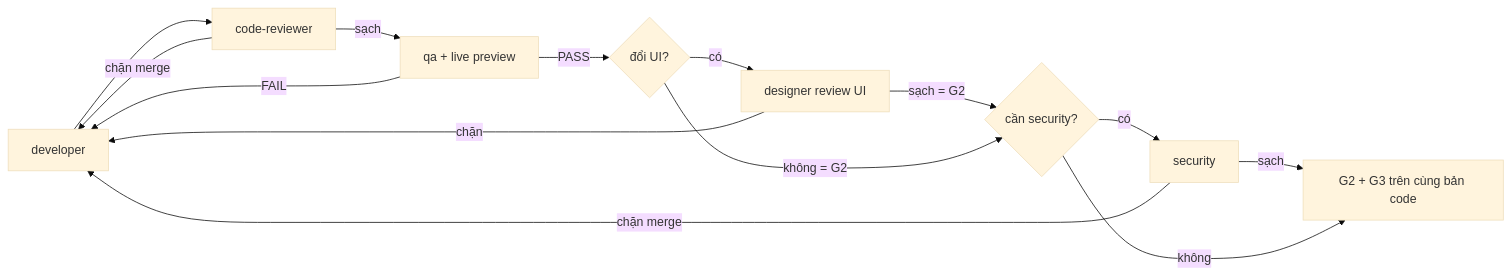
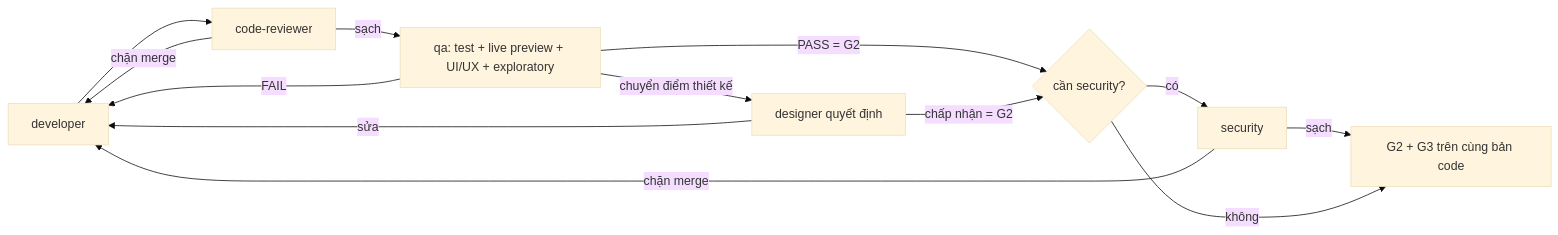
One commit to Tuan-Quyen/technical-teams changed the second of 4 diagrams in README.md. Above: the diagram before and after it, drawn with Mermaid (base theme). The commit also changed other lines of this file and 20 other files, not shown here.

````diff
--- a/README.md
+++ b/README.md
@@ -182,16 +182,15 @@
 ```mermaid
 flowchart LR
   D[developer] --> CR[code-reviewer]
   CR -- chặn merge --> D
-  CR -- sạch --> Q[qa + live preview]
+  CR -- sạch --> Q[qa: test + live preview + UI/UX + exploratory]
   Q -- FAIL --> D
-  Q -- PASS --> U{đổi UI?}
-  U -- có --> DR[designer review UI]
-  DR -- chặn --> D
-  DR -- sạch = G2 --> S
-  U -- không = G2 --> S{cần security?}
+  Q -- PASS = G2 --> S{cần security?}
+  Q -- chuyển điểm thiết kế --> DR[designer quyết định]
+  DR -- sửa --> D
+  DR -- chấp nhận = G2 --> S
   S -- có --> SEC[security]
   SEC -- chặn merge --> D
   SEC -- sạch --> X[G2 + G3 trên cùng bản code]
   S -- không --> X
 ```
````
